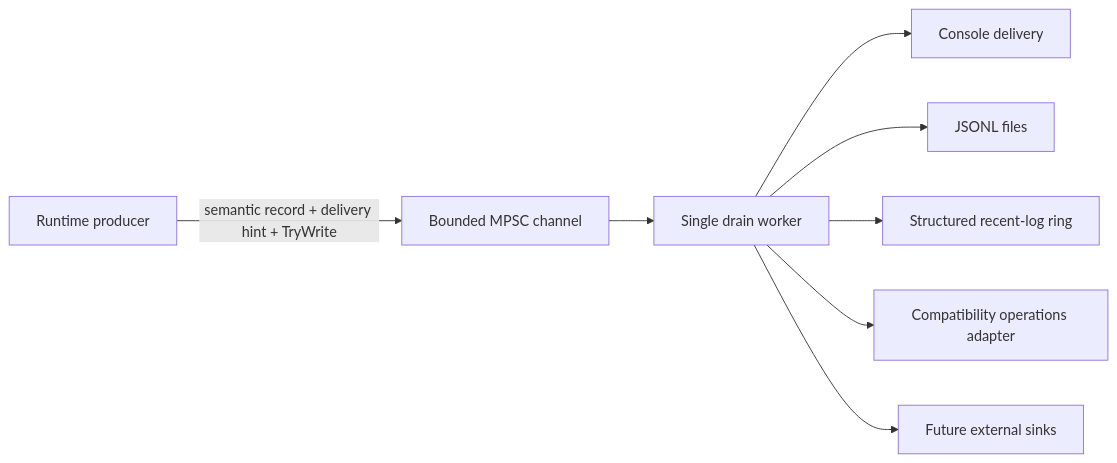
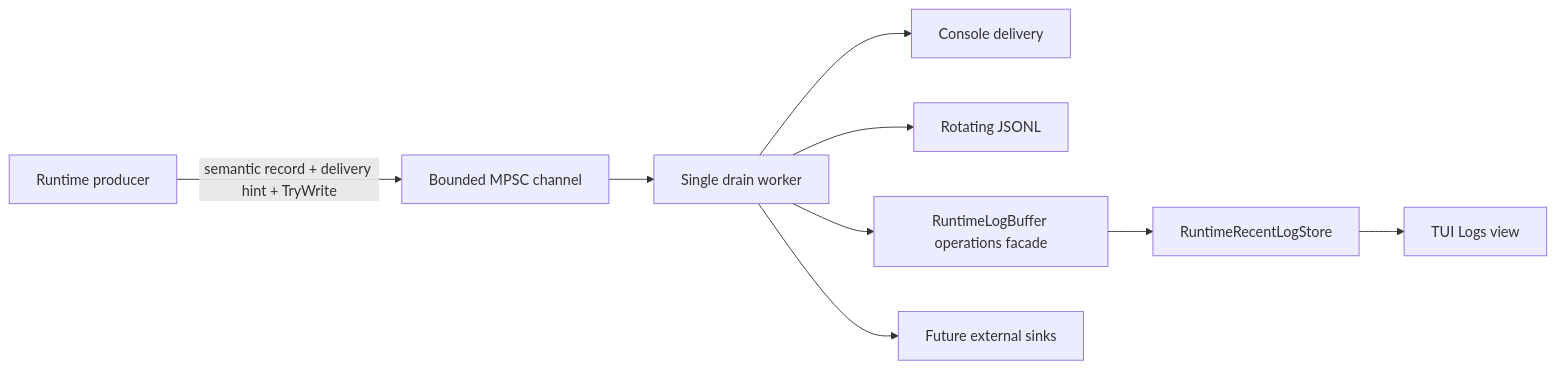
One commit to VegaKernel/TerraRuntime changed the diagram in docs/roadmap/runtime-logging-pipeline.md. Above: the diagram before and after it, drawn with Mermaid. The commit also changed other lines of this file and 8 other files, not shown here.

First line of the commit message:
Observability: consolidate recent logs and configure live sinks

````diff
--- a/docs/roadmap/runtime-logging-pipeline.md
+++ b/docs/roadmap/runtime-logging-pipeline.md
@@ -21,10 +21,11 @@
 ```mermaid
 graph LR
     A[Runtime producer] -->|semantic record + delivery hint + TryWrite| B[Bounded MPSC channel]
     B --> C[Single drain worker]
     C --> D[Console delivery]
-    C --> E[JSONL files]
-    C --> F[Structured recent-log ring]
-    C --> G[Compatibility operations adapter]
-    C --> H[Future external sinks]
+    C --> E[Rotating JSONL]
+    C --> F[RuntimeLogBuffer operations facade]
+    F --> G[RuntimeRecentLogStore]
+    G --> H[TUI Logs view]
+    C --> I[Future external sinks]
 ```
````
